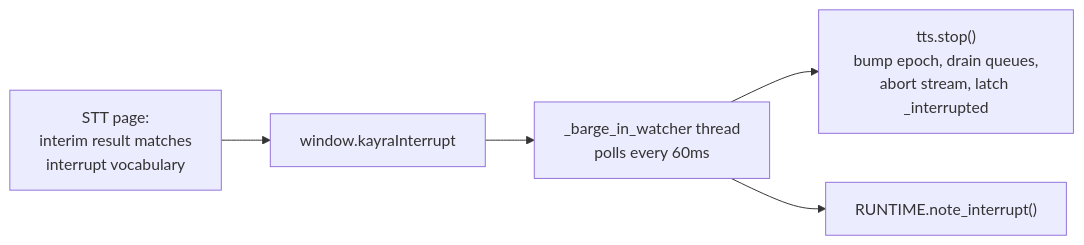
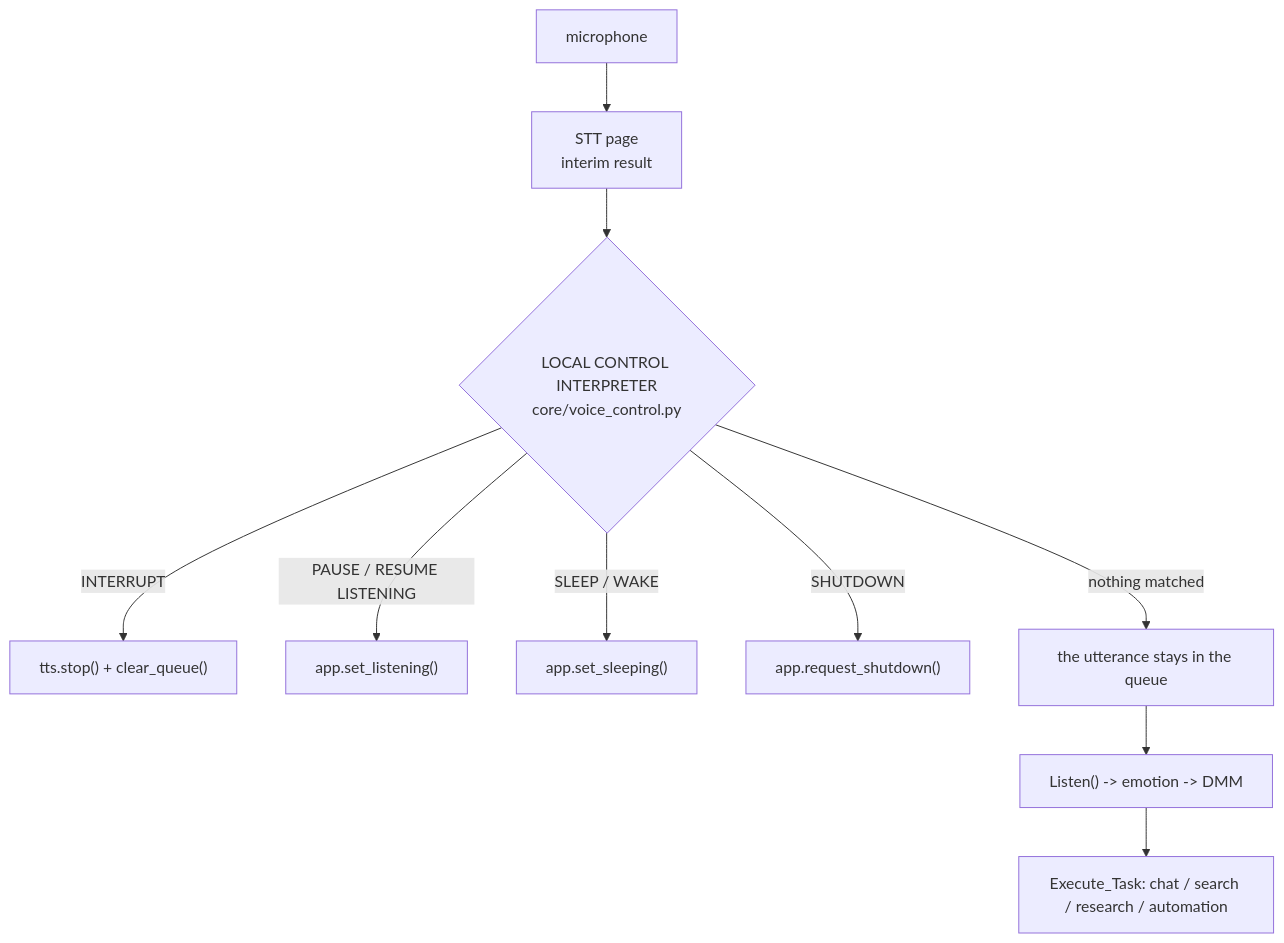
One commit to lucifer046/project-kayra changed the seventh of 10 diagrams in docs/KAYRA_SYSTEM_ARCHITECTURE.md. Above: the diagram before and after it, drawn with Mermaid. The commit also changed other lines of this file and 49 other files, not shown here.

Commit message:
feat: added NVIDIA GPU automation for STT and other optamizations

````diff
--- a/docs/KAYRA_SYSTEM_ARCHITECTURE.md
+++ b/docs/KAYRA_SYSTEM_ARCHITECTURE.md
@@ -947,7 +1227,12 @@
 ```mermaid
-flowchart LR
-    A["STT page:<br/>interim result matches<br/>interrupt vocabulary"] --> B["window.kayraInterrupt"]
-    B --> C["_barge_in_watcher thread<br/>polls every 60ms"]
-    C --> D["tts.stop()<br/>bump epoch, drain queues,<br/>abort stream, latch _interrupted"]
-    C --> E["RUNTIME.note_interrupt()"]
+flowchart TD
+    A["microphone"] --> B["STT page<br/>interim result"]
+    B --> C{"LOCAL CONTROL INTERPRETER<br/>core/voice_control.py"}
+    C -->|INTERRUPT| D["tts.stop() + clear_queue()"]
+    C -->|PAUSE / RESUME LISTENING| E["app.set_listening()"]
+    C -->|SLEEP / WAKE| F["app.set_sleeping()"]
+    C -->|SHUTDOWN| G["app.request_shutdown()"]
+    C -->|nothing matched| H["the utterance stays in the queue"]
+    H --> I["Listen() -> emotion -> DMM"]
+    I --> J["Execute_Task: chat / search / research / automation"]
 ```
````
